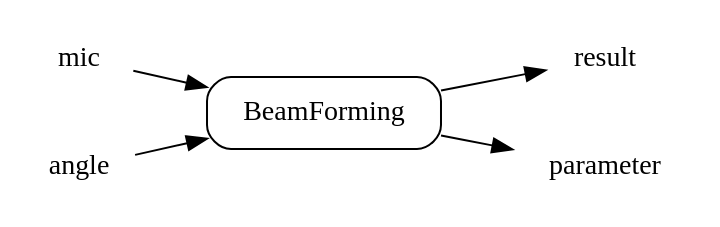
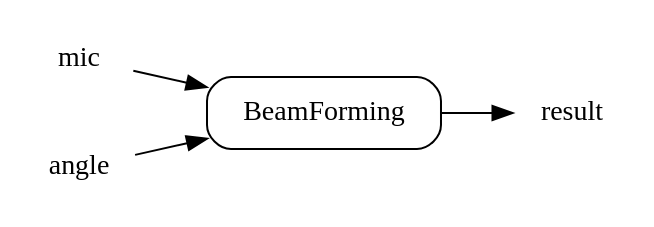
The diagram in doc/beamforming-ja.rst (yosuke/OpenHRIAudio), drawn with Graphviz before and after one commit. The commit also changed other lines of this file and 21 other files, not shown here.

```diff
--- a/doc/beamforming-ja.rst
+++ b/doc/beamforming-ja.rst
@@ -27,12 +27,10 @@
 .. digraph:: comp
 
    rankdir=LR;
    BeamForming [shape=Mrecord, label="BeamForming"];
    mic [shape=plaintext, label="mic"];
    mic -> BeamForming;
    angle [shape=plaintext, label="angle"];
    angle -> BeamForming;
    result [shape=plaintext, label="result"];
    BeamForming -> result;
-   parameter [shape=plaintext, label="parameter"];
-   BeamForming -> parameter;
```
